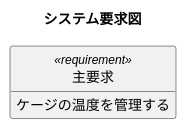
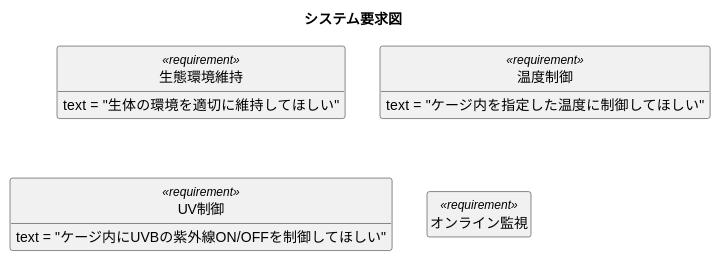
Before and after one commit to ShujiMikami/RenjiSystemProject: the diagram in RequirementsAndSpecs/RequirementDiagram/RequirementsDiagram.plantuml, drawn with PlantUML. The commit also changed 1 other file, not shown here.

Commit message:
要求図更新

```diff
--- a/RequirementsAndSpecs/RequirementDiagram/RequirementsDiagram.plantuml
+++ b/RequirementsAndSpecs/RequirementDiagram/RequirementsDiagram.plantuml
@@ -1,15 +1,22 @@
 @startuml
 
 hide circle
 hide empty members
 hide method
 
 title システム要求図
 
-class "主要求" as ClassMainRequirement <<requirement>>{
-  ケージの温度を管理する
+class "生態環境維持" as RequirementControlEnvironment <<requirement>>{
+  text = "生体の環境を適切に維持してほしい"
+}
+class "温度制御" as RequirementTemperatureControl <<requirement>>{
+  text = "ケージ内を指定した温度に制御してほしい"
+}
+class "UV制御" as RequirementUVControl <<requirement>>{
+  text = "ケージ内にUVBの紫外線ON/OFFを制御してほしい"
+}
+class "オンライン監視" as RequirementOnlineConnection <<requirement>>{
 }
 
 
-
 @enduml
```
